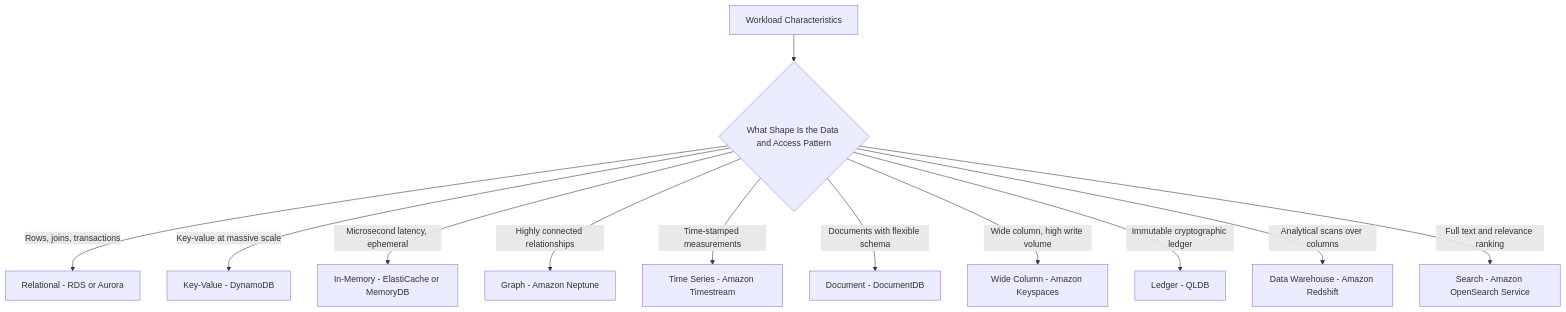
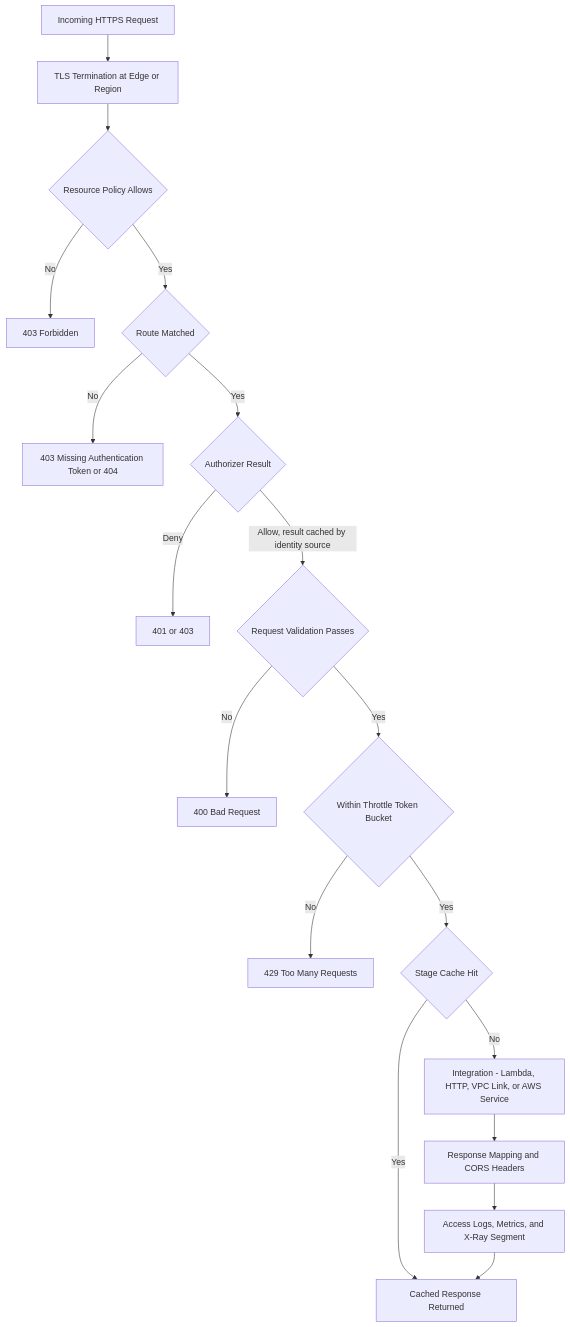
Before and after one commit to norbutlepcha25/dso303: the seventh of 13 diagrams in docs/unit1/topic6.md, drawn with Mermaid. The commit also changed other lines of this file and 945 other files, not shown here.

````diff
--- a/docs/unit1/topic6.md
+++ b/docs/unit1/topic6.md
@@ -152,14 +542,20 @@
 ```mermaid
-graph TD
-    A["Workload Characteristics"] --> B{"What Shape Is the Data and Access Pattern"}
-    B -->|"Rows, joins, transactions"| C["Relational - RDS or Aurora"]
-    B -->|"Key-value at massive scale"| D["Key-Value - DynamoDB"]
-    B -->|"Microsecond latency, ephemeral"| E["In-Memory - ElastiCache or MemoryDB"]
-    B -->|"Highly connected relationships"| F["Graph - Amazon Neptune"]
-    B -->|"Time-stamped measurements"| G["Time Series - Amazon Timestream"]
-    B -->|"Documents with flexible schema"| H["Document - DocumentDB"]
-    B -->|"Wide column, high write volume"| I["Wide Column - Amazon Keyspaces"]
-    B -->|"Immutable cryptographic ledger"| J["Ledger - QLDB"]
-    B -->|"Analytical scans over columns"| K["Data Warehouse - Amazon Redshift"]
-    B -->|"Full text and relevance ranking"| L["Search - Amazon OpenSearch Service"]
+flowchart TD
+    IN["Incoming HTTPS Request"] --> TLS["TLS Termination at Edge or Region"]
+    TLS --> RP{"Resource Policy Allows"}
+    RP -->|"No"| R403["403 Forbidden"]
+    RP -->|"Yes"| MATCH{"Route Matched"}
+    MATCH -->|"No"| R404["403 Missing Authentication Token or 404"]
+    MATCH -->|"Yes"| AUTH{"Authorizer Result"}
+    AUTH -->|"Deny"| R401["401 or 403"]
+    AUTH -->|"Allow, result cached by identity source"| VAL{"Request Validation Passes"}
+    VAL -->|"No"| R400["400 Bad Request"]
+    VAL -->|"Yes"| THR{"Within Throttle Token Bucket"}
+    THR -->|"No"| R429["429 Too Many Requests"]
+    THR -->|"Yes"| CACHE{"Stage Cache Hit"}
+    CACHE -->|"Yes"| OUT["Cached Response Returned"]
+    CACHE -->|"No"| INTEG["Integration - Lambda, HTTP, VPC Link, or AWS Service"]
+    INTEG --> XFORM["Response Mapping and CORS Headers"]
+    XFORM --> LOG["Access Logs, Metrics, and X-Ray Segment"]
+    LOG --> OUT
 ```
````
